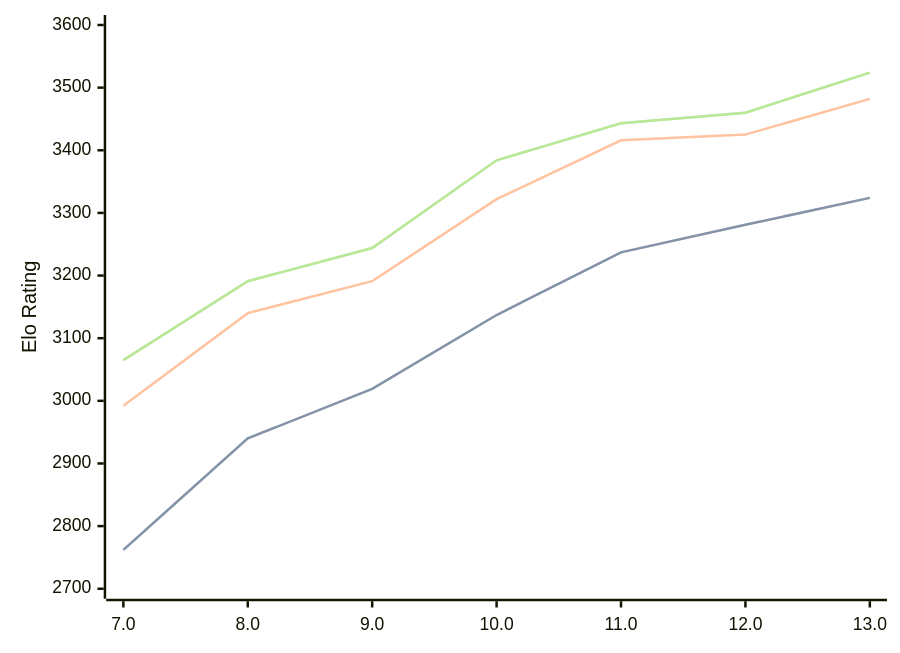
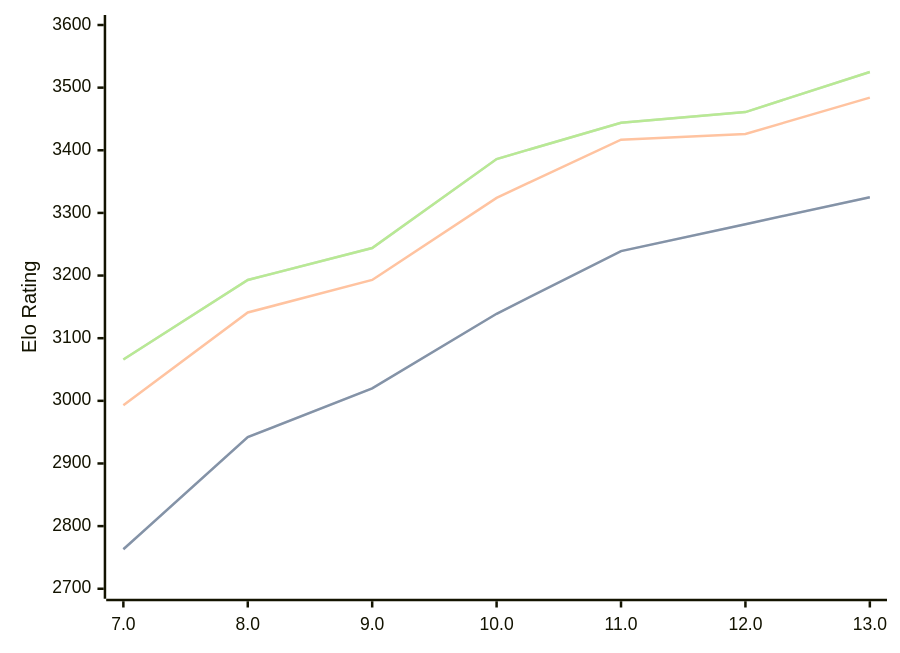
The diagram in engines/Tcheran.md (computer-chess-index/cci), drawn with Mermaid before and after one commit. The commit also changed other lines of this file, not shown here.

Commit message:
Update CCI Ratings (ELO VLTC) - 2026-08-26

````diff
--- a/engines/Tcheran.md
+++ b/engines/Tcheran.md
@@ -37,11 +37,11 @@
 ```mermaid
 %%{init: {"theme":"base","themeVariables":{"seriesColors:['#a3a3a3','#222221','#faa371']}}}%%
 xychart-beta
   x-axis ["7.0", "8.0", "9.0", "10.0", "11.0", "12.0", "13.0"]
   y-axis "Elo Rating" 2700 --> 3600
-  line "STC (8.0+0.08s)" [2762, 2940, 3019, 3137, 3237, 3281, 3324]
-  line "STC (8.0+0.08s)" [2762, 2940, 3019, 3137, 3237, 3281, 3324]
-  line "LTC (60.0+0.60s)" [2992, 3140, 3191, 3322, 3416, 3425, 3482]
-  line "VLTC (2m24s+1.12s)" [3065, 3191, 3244, 3384, 3443, 3460, 3524]
-  line "VLTC (2m24s+1.12s)" [3065, 3191, 3244, 3384, 3443, 3460, 3524]
+  line "STC (8.0+0.08s)" [2763, 2942, 3020, 3139, 3239, 3282, 3325]
+  line "STC (8.0+0.08s)" [2763, 2942, 3020, 3139, 3239, 3282, 3325]
+  line "LTC (60.0+0.60s)" [2993, 3141, 3193, 3324, 3417, 3426, 3484]
+  line "VLTC (2m24s+1.12s)" [3066, 3193, 3244, 3386, 3444, 3461, 3525]
+  line "VLTC (2m24s+1.12s)" [3066, 3193, 3244, 3386, 3444, 3461, 3525]
 ```
````
